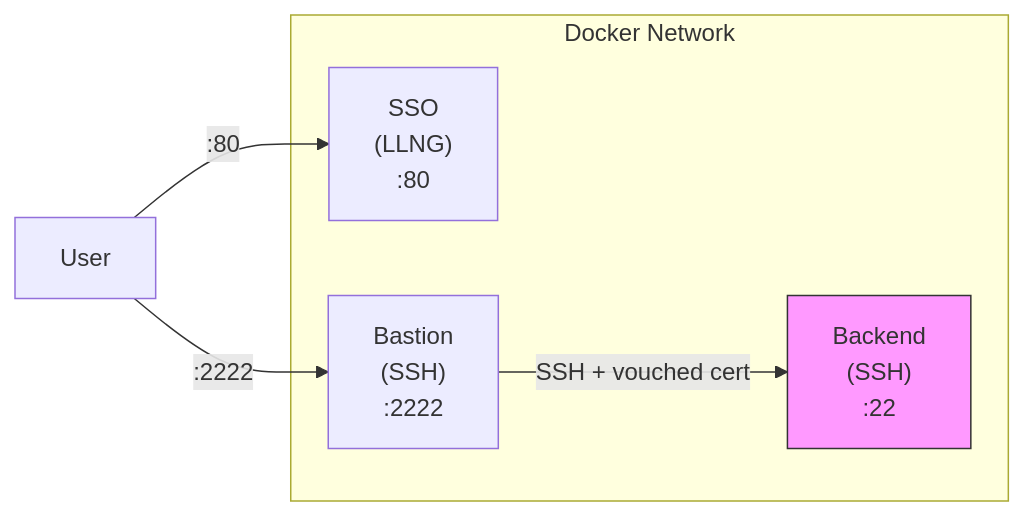
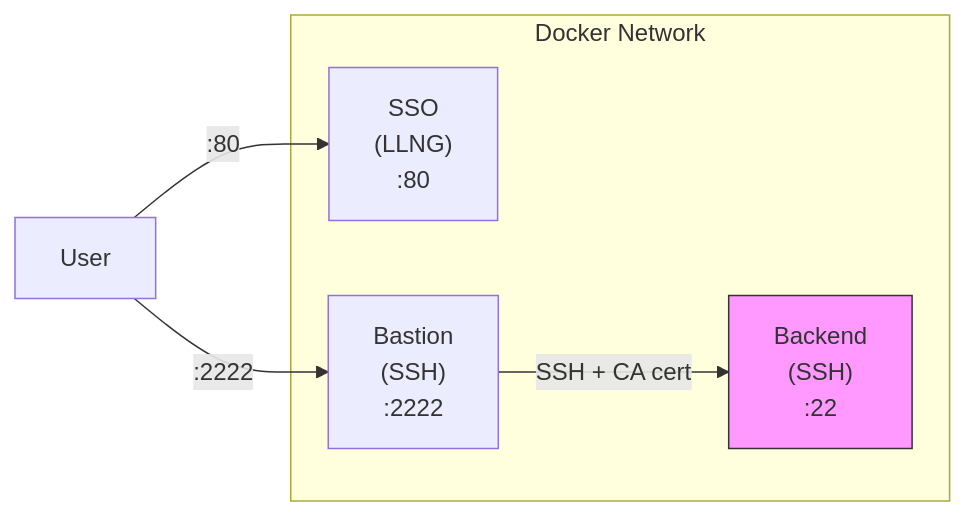
Before and after one commit to linagora/open-bastion: the diagram in docker-demo-maxsec/README.md, drawn with Mermaid. The commit also changed other lines of this file and 1 other file, not shown here.

First line of the commit message:
docs(demo-maxsec): don't over-claim bastion-only enforcement

````diff
--- a/docker-demo-maxsec/README.md
+++ b/docker-demo-maxsec/README.md
@@ -12,14 +12,14 @@
 ```mermaid
 flowchart LR
     subgraph Docker["Docker Network"]
         SSO["SSO<br/>(LLNG)<br/>:80"]
         Bastion["Bastion<br/>(SSH)<br/>:2222"]
         Backend["Backend<br/>(SSH)<br/>:22"]
     end
 
     User["User"] -->|:80| SSO
     User -->|:2222| Bastion
-    Bastion -->|SSH + vouched cert| Backend
+    Bastion -->|SSH + CA cert| Backend
 
     style Backend fill:#f9f,stroke:#333
 ```
````
